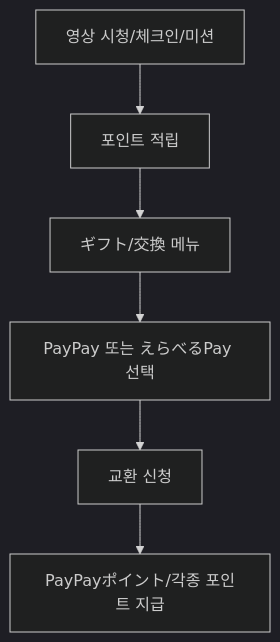
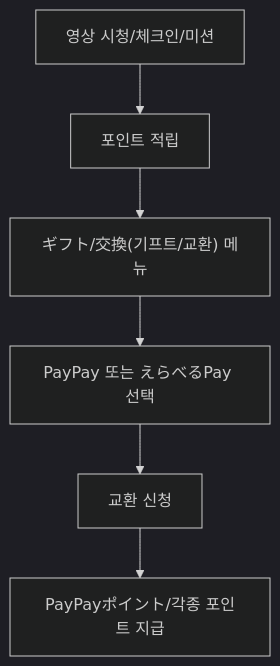
Before and after one commit to dongwonlee222/golden-goose-report: the fifth of 11 diagrams in reports/japan-apptech-reward-bank-benchmark-report.md, drawn with Mermaid (dark theme). The commit also changed other lines of this file and 1 other file, not shown here.

````diff
--- a/reports/japan-apptech-reward-bank-benchmark-report.md
+++ b/reports/japan-apptech-reward-bank-benchmark-report.md
@@ -165,8 +165,8 @@
 ```mermaid
 flowchart TD
   A["영상 시청/체크인/미션"] --> B["포인트 적립"]
-  B --> C["ギフト/交換 메뉴"]
+  B --> C["ギフト/交換(기프트/교환) 메뉴"]
   C --> D["PayPay 또는 えらべるPay 선택"]
   D --> E["교환 신청"]
   E --> F["PayPayポイント/각종 포인트 지급"]
 ```
````
